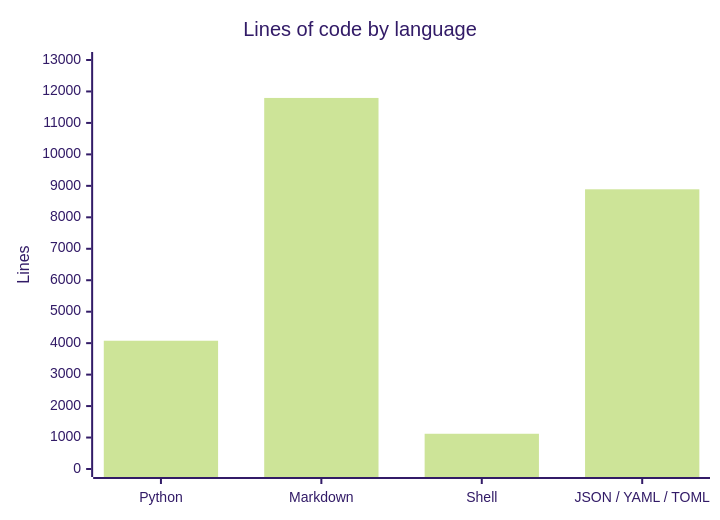
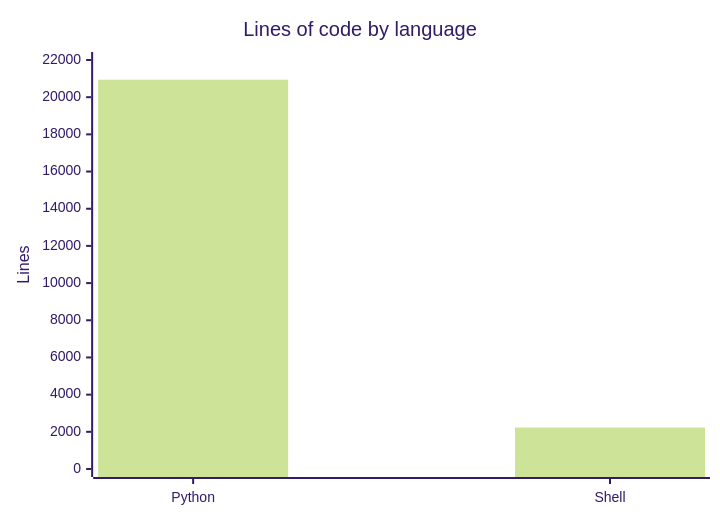
The diagram in droid-wiki/by-the-numbers.md (Roderick-Clemente/adversarial-sprint), drawn with Mermaid (forest theme) before and after one commit. The commit also changed other lines of this file and 70 other files, not shown here.

````diff
--- a/droid-wiki/by-the-numbers.md
+++ b/droid-wiki/by-the-numbers.md
@@ -9,7 +9,7 @@
 ```mermaid
 xychart-beta
     title "Lines of code by language"
-    x-axis [Python, Markdown, Shell, "JSON / YAML / TOML"]
-    y-axis "Lines" 0 --> 13000
-    bar [4077, 11794, 1120, 8890]
+    x-axis ["Python", "Shell"]
+    y-axis "Lines" 0 --> 22000
+    bar [20940, 2232]
 ```
````
